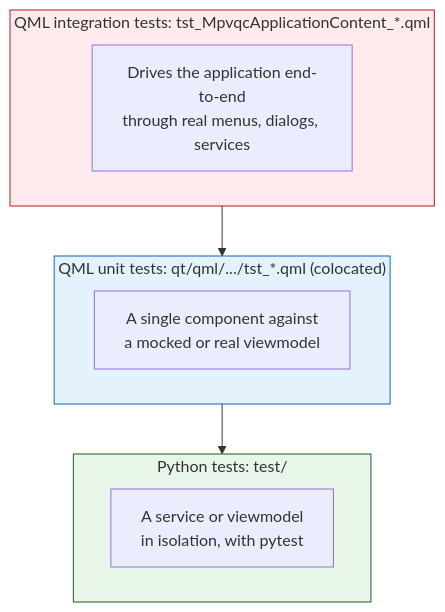
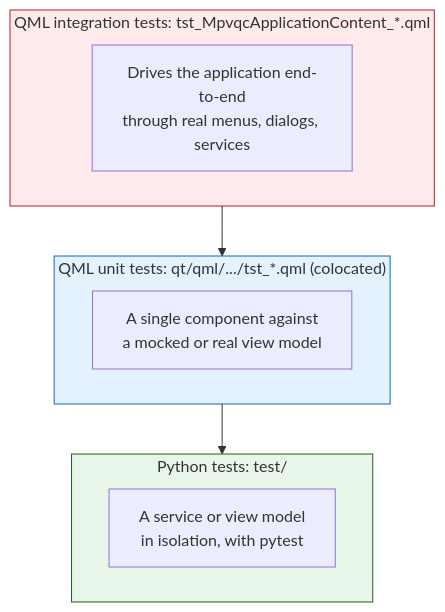
Before and after one commit to mpvqc/mpvQC: the second of 2 diagrams in docs/architecture.md, drawn with Mermaid. The commit also changed other lines of this file and 2 other files, not shown here.

First line of the commit message:
docs: spell "view model" as two words

````diff
--- a/docs/architecture.md
+++ b/docs/architecture.md
@@ -69,22 +69,22 @@
 ```mermaid
 flowchart TB
     subgraph Integration["QML integration tests: tst_MpvqcApplicationContent_*.qml"]
         I1["Drives the application end-to-end<br/>through real menus, dialogs, services"]
     end
     subgraph QmlUnit["QML unit tests: qt/qml/.../tst_*.qml (colocated)"]
-        Q1["A single component against<br/>a mocked or real viewmodel"]
+        Q1["A single component against<br/>a mocked or real view model"]
     end
     subgraph PyUnit["Python tests: test/"]
-        P1["A service or viewmodel<br/>in isolation, with pytest"]
+        P1["A service or view model<br/>in isolation, with pytest"]
     end
 
     Integration --> QmlUnit
     QmlUnit --> PyUnit
 
     classDef int fill:#ffebee,stroke:#b71c1c
     classDef qml fill:#e3f2fd,stroke:#1565c0
     classDef py fill:#e8f5e9,stroke:#1b5e20
     class Integration int
     class QmlUnit qml
     class PyUnit py
 ```
````
